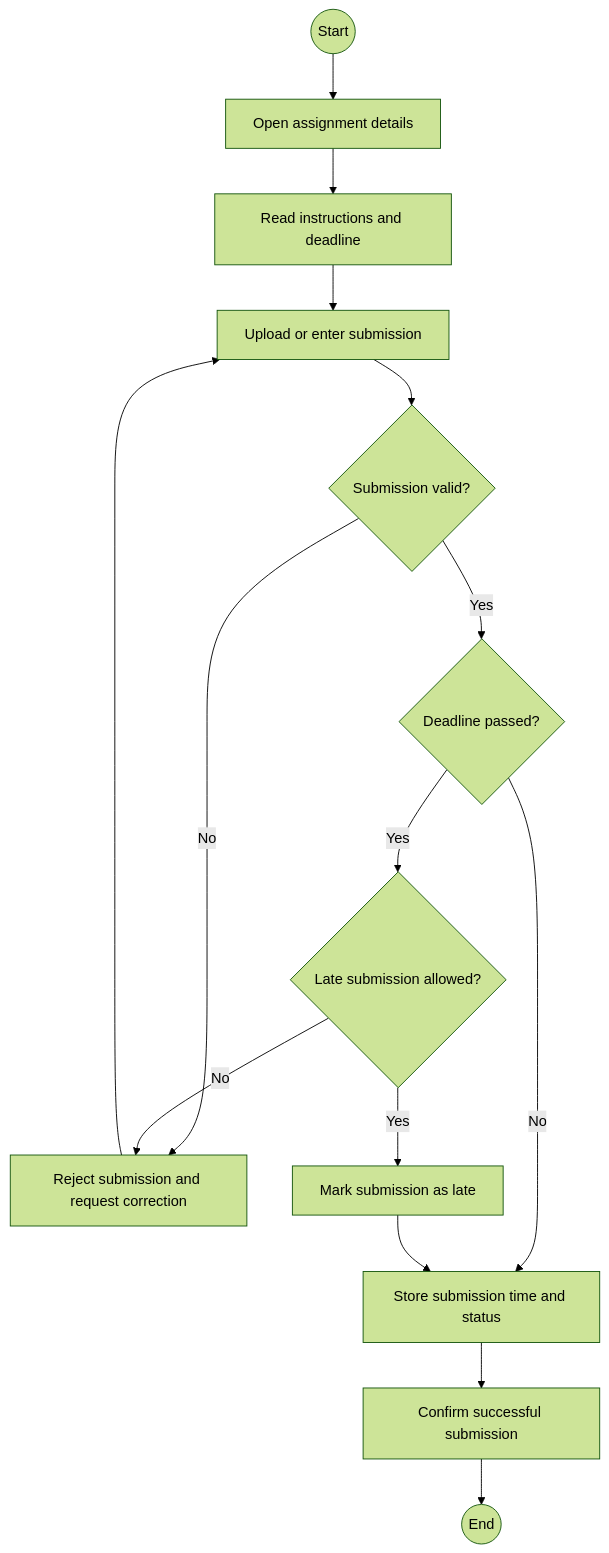
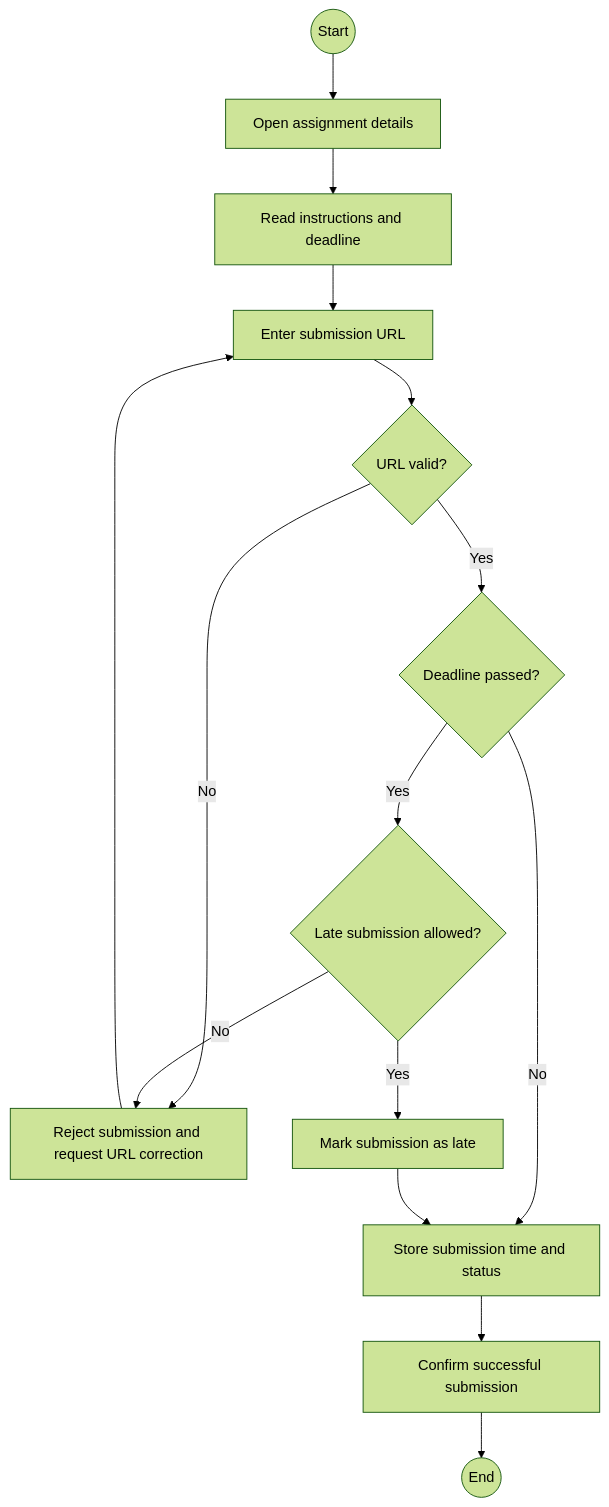
One commit to wingkit123/QuestLearn changed the tenth of 15 diagrams in part-i/Use-Cases.md. Above: the diagram before and after it, drawn with Mermaid (forest theme). The commit also changed other lines of this file, not shown here.

Commit message:
docs: align UC-04 Submit Assignment formal description with URL-only submissions

````diff
--- a/part-i/Use-Cases.md
+++ b/part-i/Use-Cases.md
@@ -482,17 +482,17 @@
 ```mermaid
 flowchart TD
     A((Start)) --> B[Open assignment details]
     B --> C[Read instructions and deadline]
-    C --> D[Upload or enter submission]
-    D --> E{Submission valid?}
-    E -- No --> F[Reject submission and request correction]
+    C --> D[Enter submission URL]
+    D --> E{URL valid?}
+    E -- No --> F[Reject submission and request URL correction]
     F --> D
     E -- Yes --> G{Deadline passed?}
     G -- Yes --> H{Late submission allowed?}
     H -- No --> F
     H -- Yes --> I[Mark submission as late]
     G -- No --> J[Store submission time and status]
     I --> J
     J --> K[Confirm successful submission]
     K --> L((End))
 ```
````
